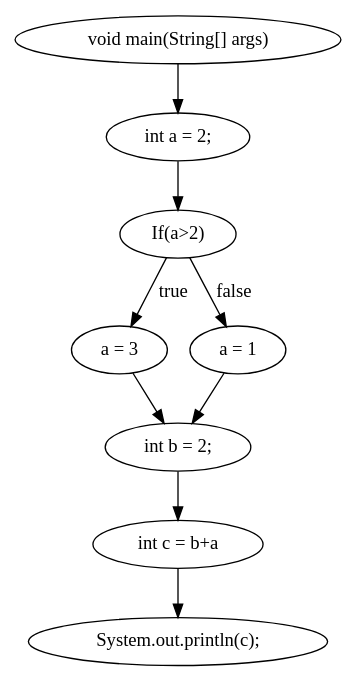
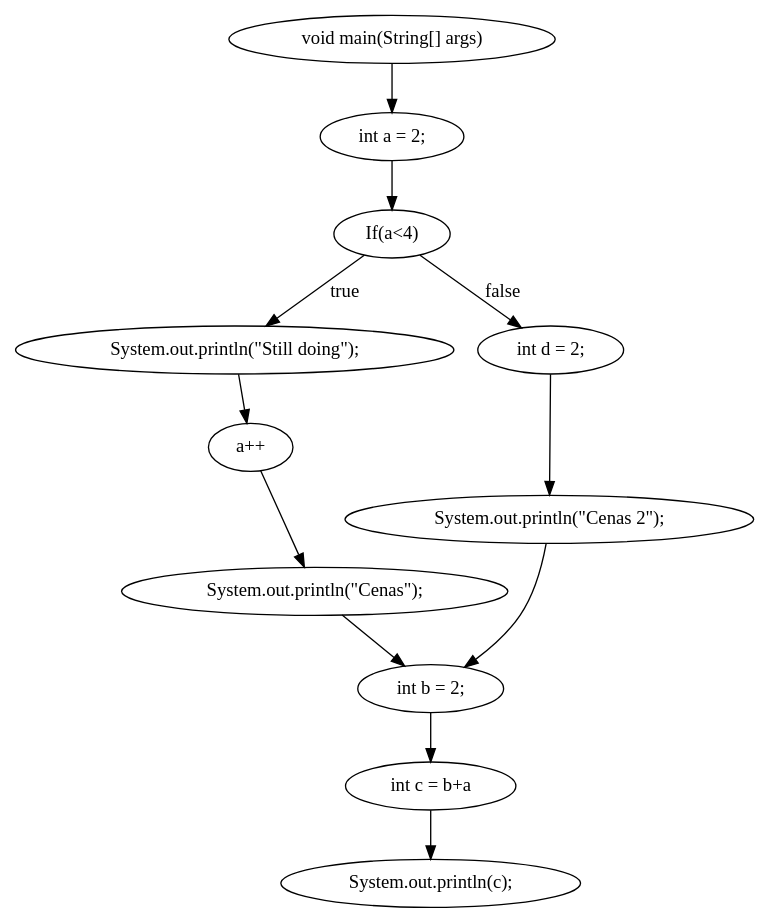
Before and after one commit to joaocarduarte/COMP: the diagram in dotfile.dot, drawn with Graphviz. The commit also changed 4 other files, not shown here.

```diff
--- a/dotfile.dot
+++ b/dotfile.dot
@@ -1,6 +1,7 @@
 digraph graphname{
-"void main(String[] args)" -> "int a = 2;" -> "If(a>2)"
-"If(a>2)" -> "a = 3"[label="true"]
-"a = 3" -> "int b = 2;"
-"If(a>2)" -> "a = 1"[label="false"]"a = 1" -> "int b = 2;"
+"void main(String[] args)" -> "int a = 2;" -> "If(a<4)"
+"If(a<4)" -> "System.out.println(\"Still doing\");"[label="true"]
+"System.out.println(\"Still doing\");" -> "a++"->"System.out.println(\"Cenas\");" -> "int b = 2;"
+"If(a<4)" -> "int d = 2;"[label="false"]
+"int d = 2;" -> "System.out.println(\"Cenas 2\");"->"int b = 2;"
 "int b = 2;" -> "int c = b+a" -> "System.out.println(c);"}
```
